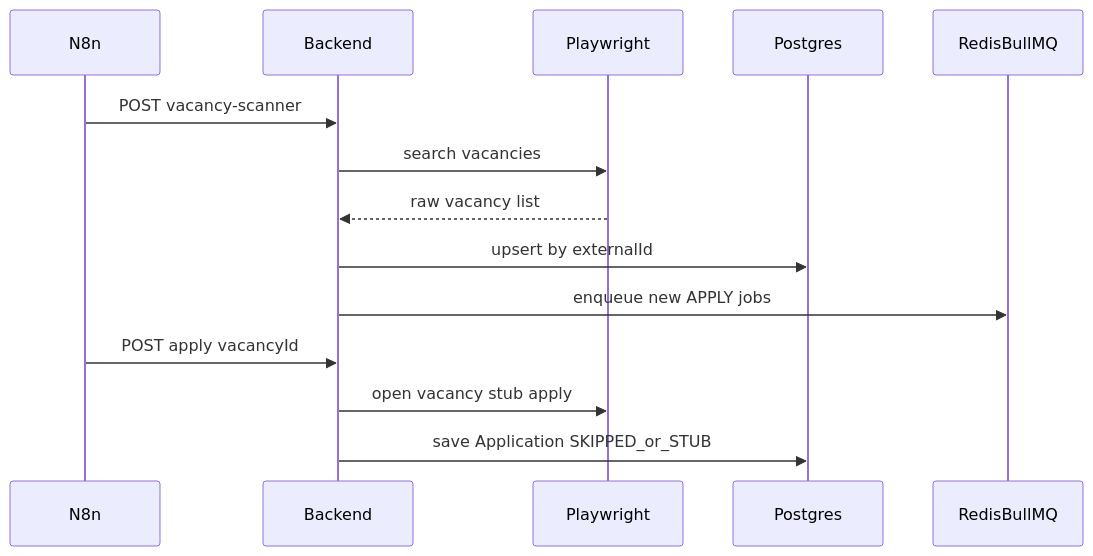
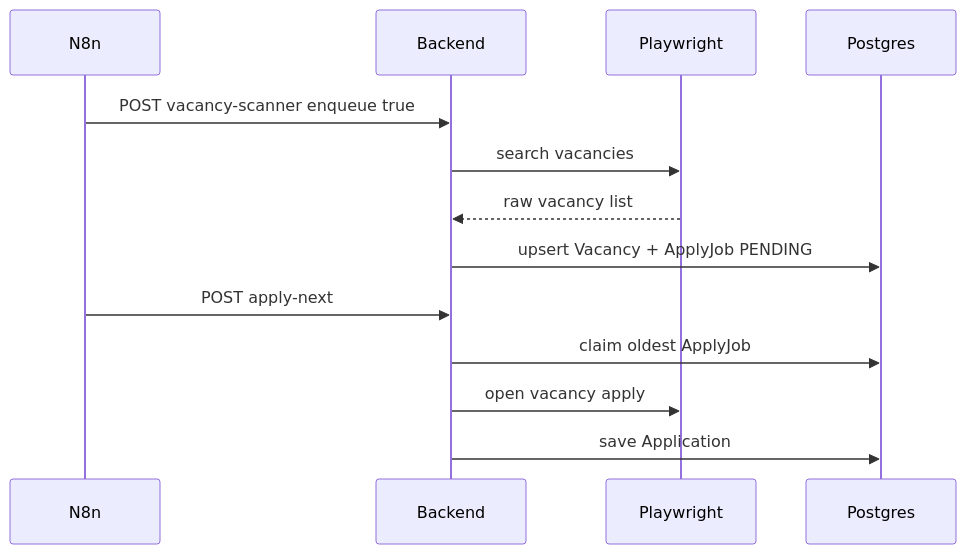
The second of 2 diagrams in docs/IMPLEMENTATION_PLAN.md (Sarylov/HH_Automation), drawn with Mermaid before and after one commit. The commit also changed other lines of this file and 30 other files, not shown here.

First line of the commit message:
Refactor job application handling by removing Redis and BullMQ dependencies

````diff
--- a/docs/IMPLEMENTATION_PLAN.md
+++ b/docs/IMPLEMENTATION_PLAN.md
@@ -82,16 +82,15 @@
 ```mermaid
 sequenceDiagram
   participant N8n
   participant Backend
   participant PW as Playwright
   participant DB as Postgres
-  participant Q as RedisBullMQ
-  N8n->>Backend: POST vacancy-scanner
+  N8n->>Backend: POST vacancy-scanner enqueue true
   Backend->>PW: search vacancies
   PW-->>Backend: raw vacancy list
-  Backend->>DB: upsert by externalId
-  Backend->>Q: enqueue new APPLY jobs
-  N8n->>Backend: POST apply vacancyId
-  Backend->>PW: open vacancy stub apply
-  Backend->>DB: save Application SKIPPED_or_STUB
+  Backend->>DB: upsert Vacancy + ApplyJob PENDING
+  N8n->>Backend: POST apply-next
+  Backend->>DB: claim oldest ApplyJob
+  Backend->>PW: open vacancy apply
+  Backend->>DB: save Application
 ```
````
